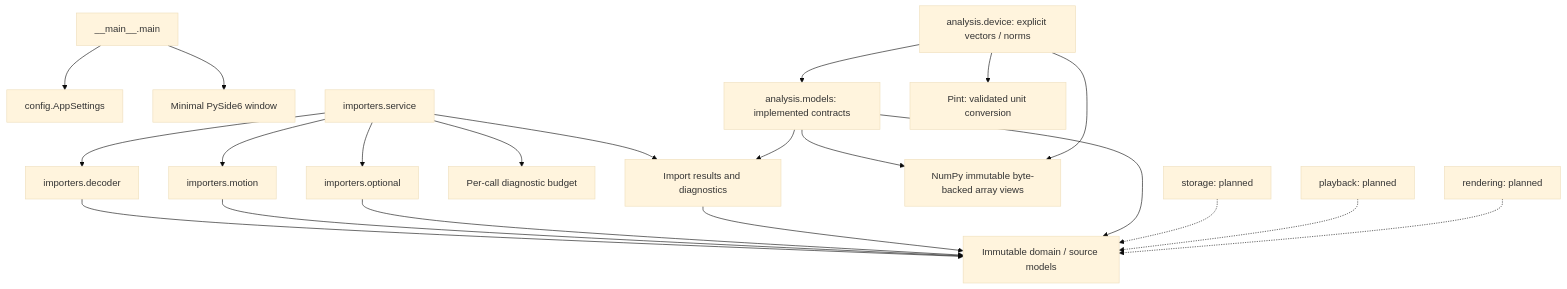
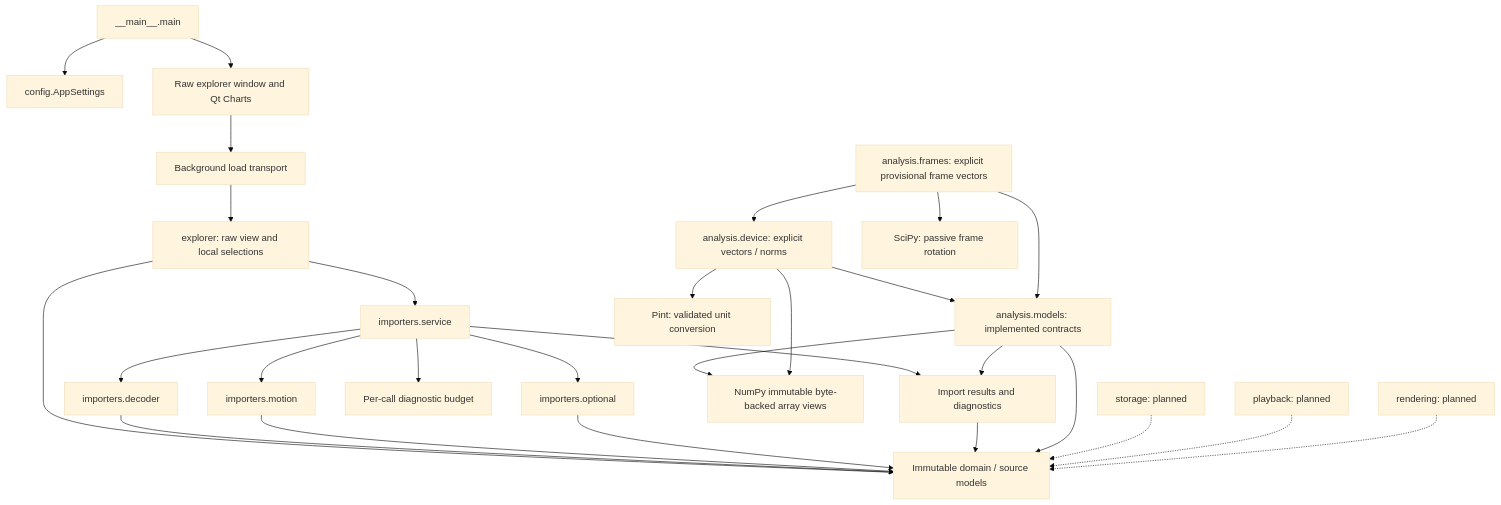
Before and after one commit to rudnerbjoern/ride-forces-analyzer: the diagram in docs/architecture/05_building_block_view.md, drawn with Mermaid (base theme). The commit also changed other lines of this file and 52 other files, not shown here.

````diff
--- a/docs/architecture/05_building_block_view.md
+++ b/docs/architecture/05_building_block_view.md
@@ -7,23 +7,30 @@
 ```mermaid
 flowchart TB
     Entry["__main__.main"] --> Settings["config.AppSettings"]
-    Entry --> Qt["Minimal PySide6 window"]
+    Entry --> Qt["Raw explorer window and Qt Charts"]
+    Qt --> Worker["Background load transport"]
+    Worker --> Presentation["explorer: raw view and local selections"]
+    Presentation --> Service
+    Presentation --> Domain
     Service["importers.service"] --> Decoder["importers.decoder"]
     Service --> Motion["importers.motion"]
     Service --> Optional["importers.optional"]
     Service --> Budget["Per-call diagnostic budget"]
     Service --> Results["Import results and diagnostics"]
     Decoder --> Domain["Immutable domain / source models"]
     Motion --> Domain
     Optional --> Domain
     Results --> Domain
     Analysis["analysis.models: implemented contracts"] --> Domain
     Analysis --> Results
     Analysis --> NumPy["NumPy immutable byte-backed array views"]
     Device["analysis.device: explicit vectors / norms"] --> Analysis
     Device --> NumPy
     Device --> Pint["Pint: validated unit conversion"]
+    Frames["analysis.frames: explicit provisional frame vectors"] --> Device
+    Frames --> Analysis
+    Frames --> SciPy["SciPy: passive frame rotation"]
     Storage["storage: planned"] -.-> Domain
     Playback["playback: planned"] -.-> Domain
     Rendering["rendering: planned"] -.-> Domain
 ```
````
